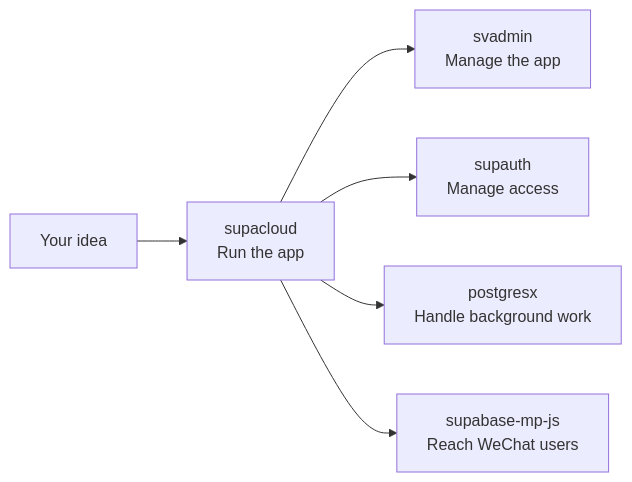
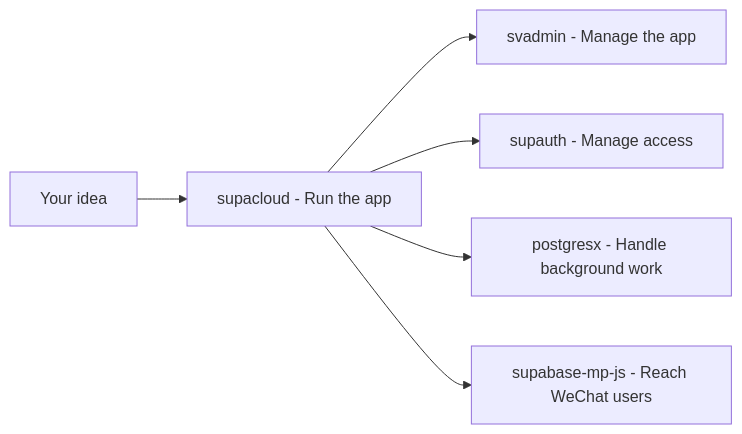
Before and after one commit to vibeunion/.github: the first of 2 diagrams in README.md, drawn with Mermaid. The commit also changed other lines of this file and 1 other file, not shown here.

Commit message:
Fix Mermaid compatibility in README diagrams

````diff
--- a/README.md
+++ b/README.md
@@ -30,8 +30,8 @@
 ```mermaid
-flowchart LR
-    A[Your idea] --> B[supacloud<br/>Run the app]
-    B --> C[svadmin<br/>Manage the app]
-    B --> D[supauth<br/>Manage access]
-    B --> E[postgresx<br/>Handle background work]
-    B --> F[supabase-mp-js<br/>Reach WeChat users]
+graph LR
+    A["Your idea"] --> B["supacloud - Run the app"]
+    B --> C["svadmin - Manage the app"]
+    B --> D["supauth - Manage access"]
+    B --> E["postgresx - Handle background work"]
+    B --> F["supabase-mp-js - Reach WeChat users"]
 ```
````
